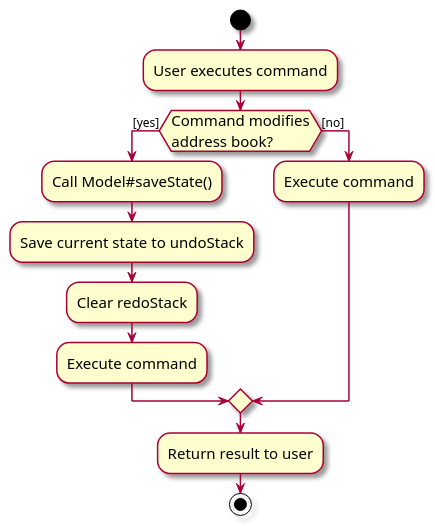
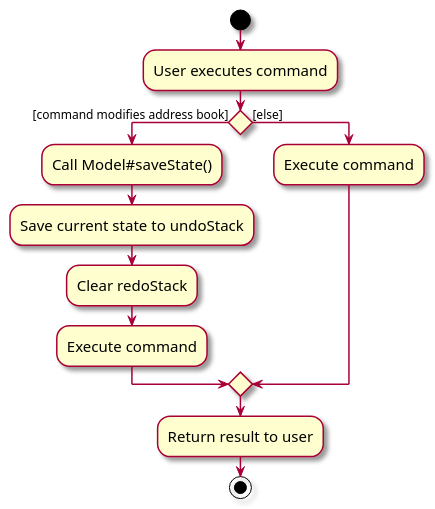
Before and after one commit to wafflescloud/tp: the diagram in docs/diagrams/ExecuteCommandActivityDiagram.puml, drawn with PlantUML. The commit also changed 1 other file, not shown here.

```diff
--- a/docs/diagrams/ExecuteCommandActivityDiagram.puml
+++ b/docs/diagrams/ExecuteCommandActivityDiagram.puml
@@ -1,20 +1,20 @@
 @startuml
 skin rose
 skinparam ActivityFontSize 15
 skinparam ArrowFontSize 12
 start
 :User executes command;
 
-if (Command modifies\naddress book?) then ([yes])
+if () then ([command modifies address book])
   :Call Model#saveState();
   :Save current state to undoStack;
   :Clear redoStack;
   :Execute command;
-else ([no])
+else ([else])
   :Execute command;
 endif
 
 :Return result to user;
 
 stop
 @enduml
```
